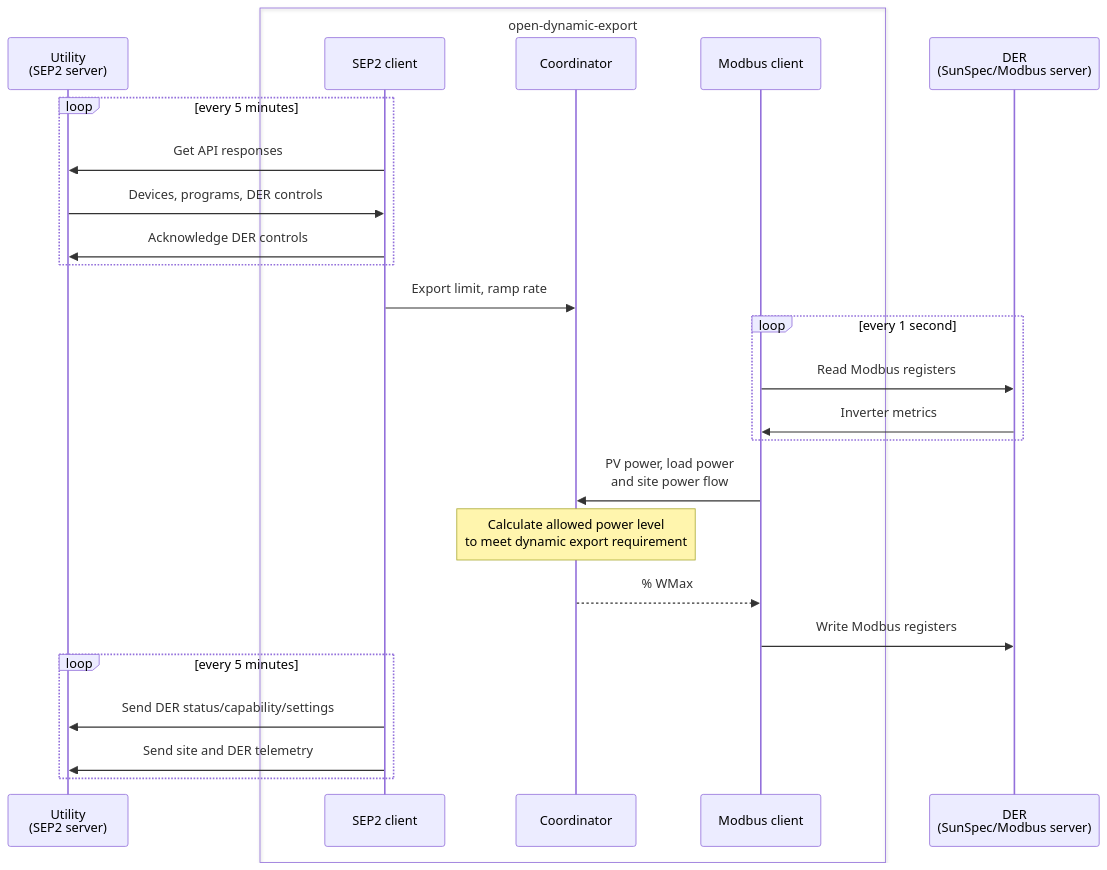
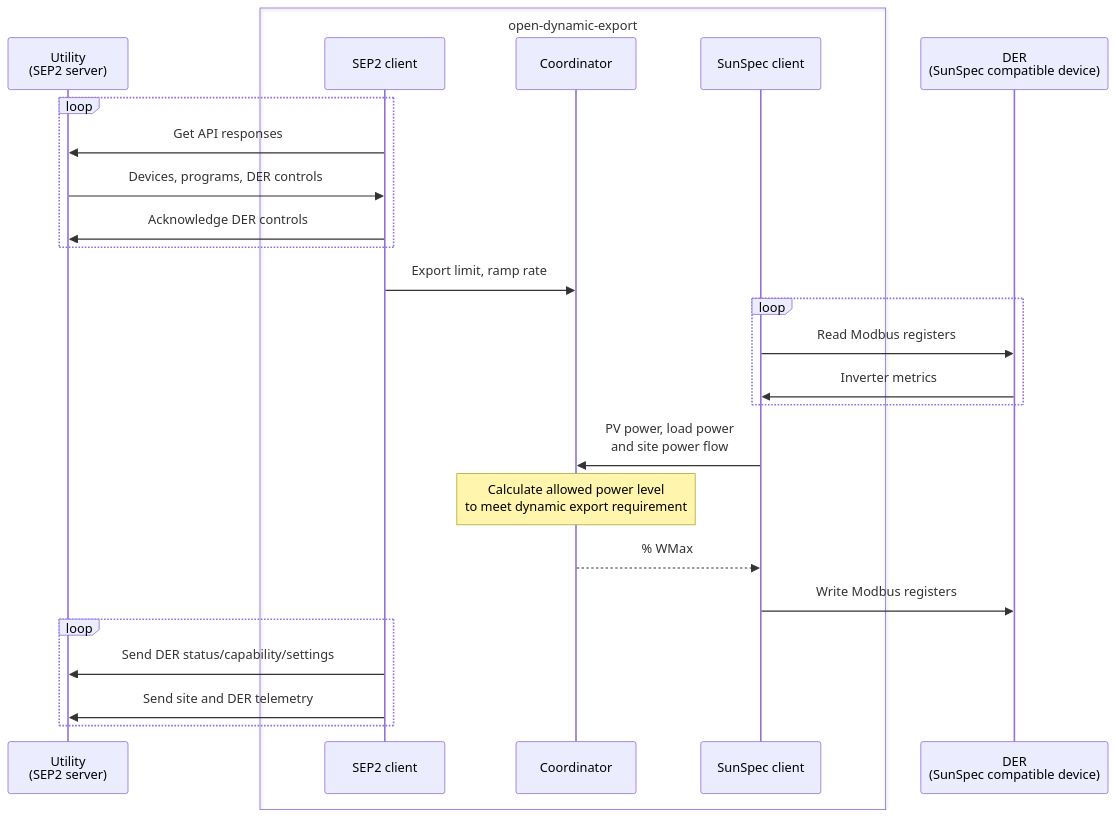
The diagram in README.md (longzheng/open-dynamic-export), drawn with Mermaid before and after one commit.

````diff
--- a/README.md
+++ b/README.md
@@ -19,39 +19,40 @@
 ```mermaid
 sequenceDiagram
     participant U as Utility<br>(SEP2 server)
     participant SC as SEP2 client
     participant C as Coordinator
-    participant MC as Modbus client
-    participant D as DER<br>(SunSpec/Modbus server)
-    loop every 5 minutes
+    participant MC as SunSpec client
+    participant D as DER<br>(SunSpec compatible device)
+
+    loop
     SC->>U: Get API responses
     U->>SC: Devices, programs, DER controls
     SC->>U: Acknowledge DER controls
     end
 
     SC->>C: Export limit, ramp rate
 
-    loop every 1 second
+    loop
     MC->>D: Read Modbus registers
     D->>MC: Inverter metrics
     end
 
     MC->>C: PV power, load power<br>and site power flow
 
     Note over C: Calculate allowed power level<br>to meet dynamic export requirement
 
     C-->>MC: % WMax
 
     MC->>D: Write Modbus registers
 
-    loop every 5 minutes
+    loop
     SC->>U: Send DER status/capability/settings
     SC->>U: Send site and DER telemetry
     end
 
     box open-dynamic-export
     participant SC
     participant MC
     participant C
     end
 ```
````
